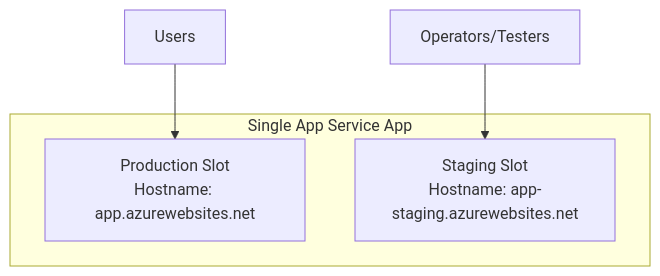
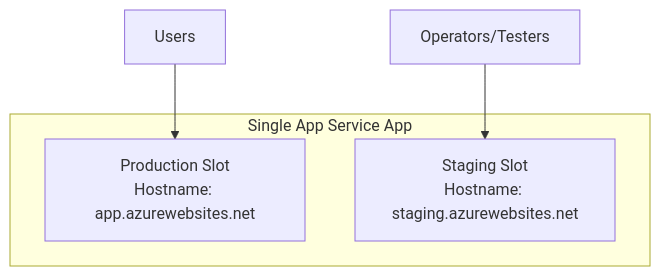
The first of 6 diagrams in docs/troubleshooting/lab-guides/slot-swap-config-drift.md (yeongseon/azure-app-service-practical-guide), drawn with Mermaid before and after one commit. The commit also changed other lines of this file and 2 other files, not shown here.

Commit message:
docs(labs): add visual evidence to slot-swap-config-drift lab

````diff
--- a/docs/troubleshooting/lab-guides/slot-swap-config-drift.md
+++ b/docs/troubleshooting/lab-guides/slot-swap-config-drift.md
@@ -88,9 +88,9 @@
 ```mermaid
 flowchart TD
     subgraph AppService[Single App Service App]
         P[Production Slot\nHostname: app.azurewebsites.net]
-        S[Staging Slot\nHostname: app-staging.azurewebsites.net]
+        S[Staging Slot\nHostname: staging.azurewebsites.net]
     end
     U[Users] --> P
     O[Operators/Testers] --> S
 ```
````
